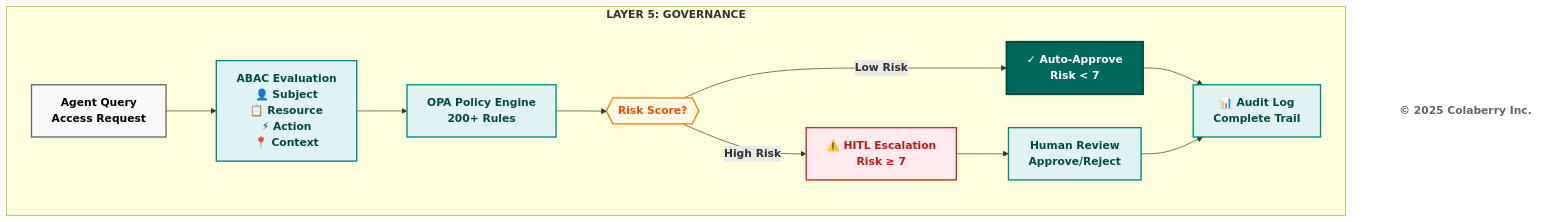
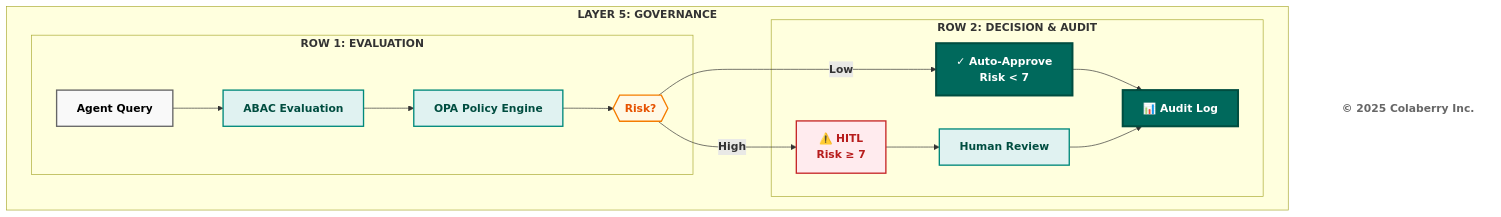
One commit to saitejesh-cyber/trust-before-intelligence-book changed the third of 13 diagrams in manuscript/chapter_6_transparency_orchestration_layers_v1_8.md. Above: the diagram before and after it, drawn with Mermaid. The commit also changed other lines of this file, not shown here.

First line of the commit message:
Updated chapter 6 with better diagrams

````diff
--- a/manuscript/chapter_6_transparency_orchestration_layers_v1_8.md
+++ b/manuscript/chapter_6_transparency_orchestration_layers_v1_8.md
@@ -264,40 +264,34 @@
 ```mermaid
 graph TB
     subgraph "<b>LAYER 5: GOVERNANCE</b>"
-        Query["<b>Agent Query</b><br/><b>Access Request</b>"]
+        subgraph "<b>ROW 1: EVALUATION</b>"
+            Query["<b>Agent Query</b>"]
+            ABAC["<b>ABAC Evaluation</b>"]
+            OPA["<b>OPA Policy Engine</b>"]
+            Risk{{"<b>Risk?</b>"}}
+        end
         
-        ABAC["<b>ABAC Evaluation</b><br/><b>👤 Subject</b><br/><b>📋 Resource</b><br/><b>⚡ Action</b><br/><b>📍 Context</b>"]
-        
-        OPA["<b>OPA Policy Engine</b><br/><b>200+ Rules</b>"]
-        
-        Risk{{"<b>Risk Score?</b>"}}
-        
-        Auto["<b>✓ Auto-Approve</b><br/><b>Risk < 7</b>"]
-        HITL["<b>⚠️ HITL Escalation</b><br/><b>Risk ≥ 7</b>"]
-        
-        Human["<b>Human Review</b><br/><b>Approve/Reject</b>"]
-        
-        Audit["<b>📊 Audit Log</b><br/><b>Complete Trail</b>"]
+        subgraph "<b>ROW 2: DECISION & AUDIT</b>"
+            Auto["<b>✓ Auto-Approve</b><br/><b>Risk < 7</b>"]
+            HITL["<b>⚠️ HITL</b><br/><b>Risk ≥ 7</b>"]
+            Human["<b>Human Review</b>"]
+            Audit["<b>📊 Audit Log</b>"]
+        end
     end
     
     Copyright["<b>© 2025 Colaberry Inc.</b>"]
     
-    Query --> ABAC
-    ABAC --> OPA
-    OPA --> Risk
-    Risk -->|<b>Low Risk</b>| Auto
-    Risk -->|<b>High Risk</b>| HITL
-    HITL --> Human
-    Auto --> Audit
-    Human --> Audit
+    Query --> ABAC --> OPA --> Risk
+    Risk -->|<b>Low</b>| Auto --> Audit
+    Risk -->|<b>High</b>| HITL --> Human --> Audit
     
     style Query fill:#f9f9f9,stroke:#666666,stroke-width:2px,color:#000000
     style ABAC fill:#e0f2f1,stroke:#00897b,stroke-width:2px,color:#004d40
     style OPA fill:#e0f2f1,stroke:#00897b,stroke-width:2px,color:#004d40
     style Risk fill:#fff9e6,stroke:#f57c00,stroke-width:2px,color:#e65100
     style Auto fill:#00695c,color:#ffffff,stroke:#004d40,stroke-width:3px
     style HITL fill:#ffebee,stroke:#c62828,stroke-width:2px,color:#b71c1c
     style Human fill:#e0f2f1,stroke:#00897b,stroke-width:2px,color:#004d40
-    style Audit fill:#e0f2f1,stroke:#00897b,stroke-width:2px,color:#004d40
+    style Audit fill:#00695c,color:#ffffff,stroke:#004d40,stroke-width:3px
     style Copyright fill:#ffffff,stroke:none,color:#666666
 ```
````
